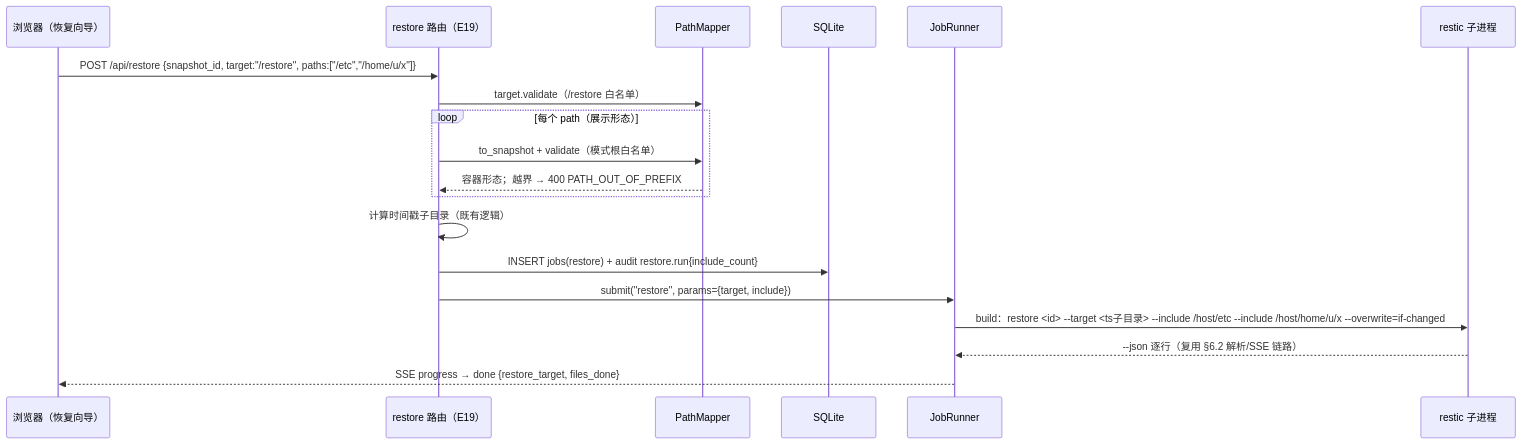
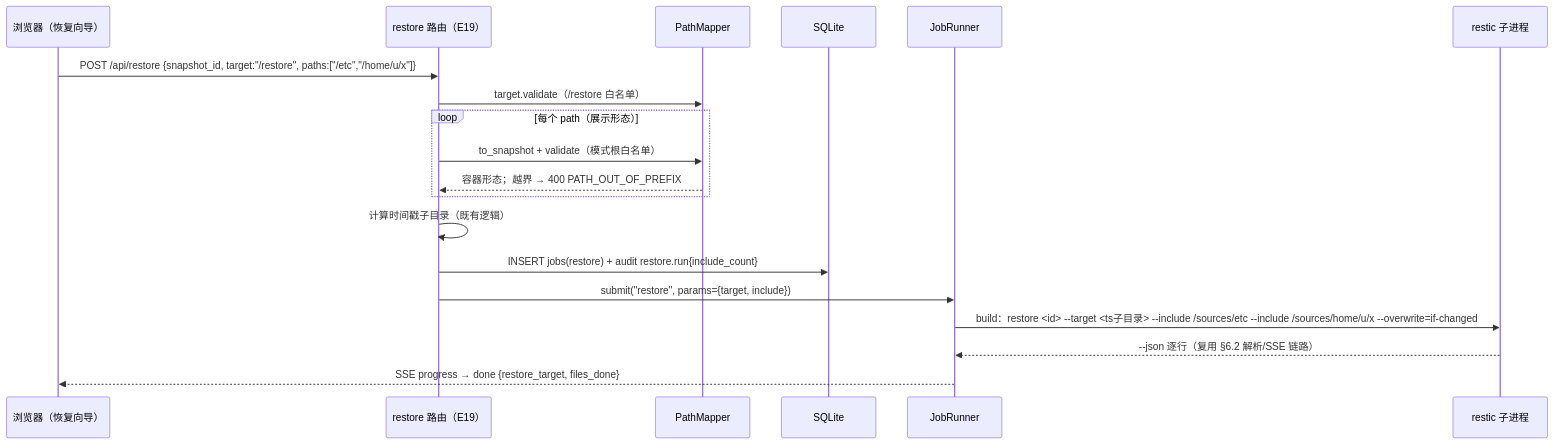
Diagram 11 of 11 in web版/docs/架构设计文档.md (dolphin738/restic-docker-backup), drawn with Mermaid before and after one commit. The commit also changed other lines of this file and 12 other files, not shown here.

````diff
--- a/web版/docs/架构设计文档.md
+++ b/web版/docs/架构设计文档.md
@@ -1005,22 +1006,22 @@
 ```mermaid
 sequenceDiagram
     participant B as 浏览器（恢复向导）
     participant RT as restore 路由（E19）
     participant PM as PathMapper
     participant DB as SQLite
     participant JR as JobRunner
     participant RE as restic 子进程
 
     B->>RT: POST /api/restore {snapshot_id, target:"/restore", paths:["/etc","/home/u/x"]}
     RT->>PM: target.validate（/restore 白名单）
     loop 每个 path（展示形态）
         RT->>PM: to_snapshot + validate（模式根白名单）
         PM-->>RT: 容器形态；越界 → 400 PATH_OUT_OF_PREFIX
     end
     RT->>RT: 计算时间戳子目录（既有逻辑）
     RT->>DB: INSERT jobs(restore) + audit restore.run{include_count}
     RT->>JR: submit("restore", params={target, include})
-    JR->>RE: build：restore <id> --target <ts子目录> --include /host/etc --include /host/home/u/x --overwrite=if-changed
+    JR->>RE: build：restore <id> --target <ts子目录> --include /sources/etc --include /sources/home/u/x --overwrite=if-changed
     RE-->>JR: --json 逐行（复用 §6.2 解析/SSE 链路）
     JR-->>B: SSE progress → done {restore_target, files_done}
 ```
````
